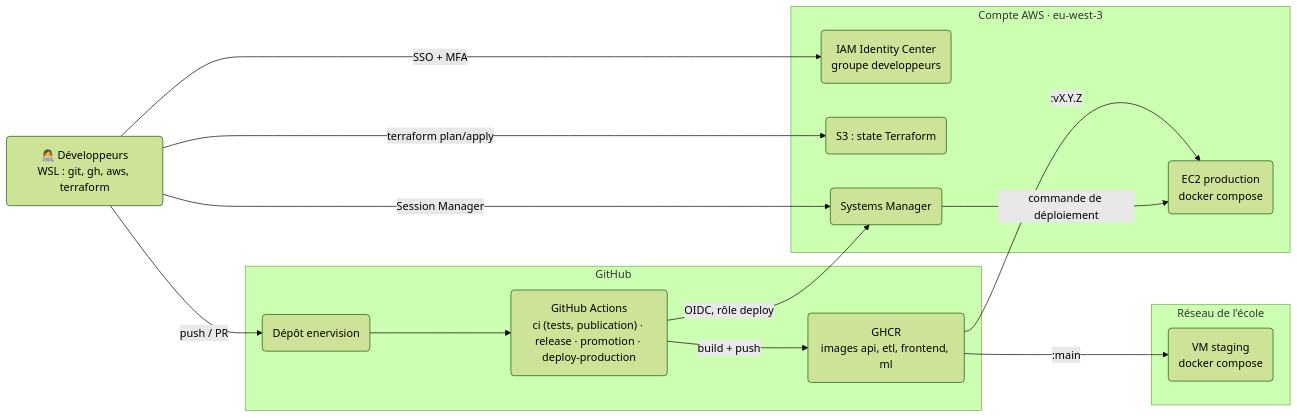
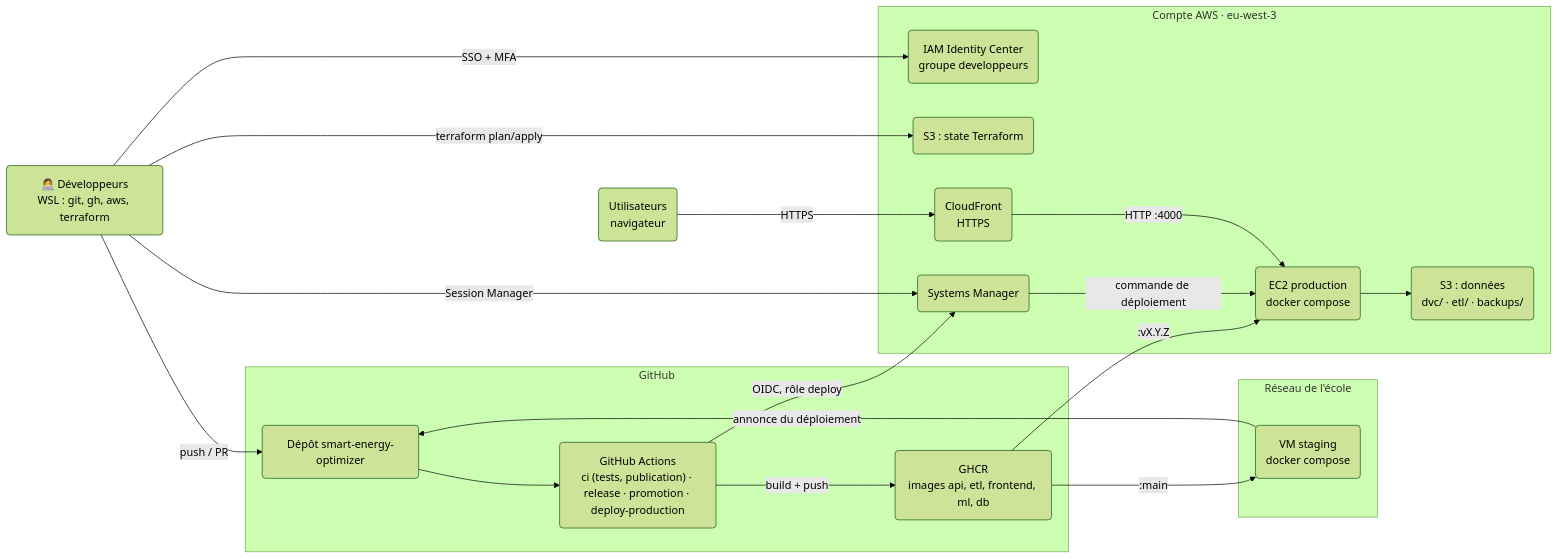
The first of 2 diagrams in infra/README.md (LaurelineHenaff/enervision), drawn with Mermaid (forest theme) before and after one commit. The commit also changed other lines of this file and 5 other files, not shown here.

````diff
--- a/infra/README.md
+++ b/infra/README.md
@@ -89,32 +31,39 @@
 ```mermaid
 flowchart LR
     DEV("👩‍💻 Développeurs<br/>WSL : git, gh, aws, terraform")
+    USER("Utilisateurs<br/>navigateur")
 
     subgraph GH["GitHub"]
-        REPO("Dépôt enervision")
+        REPO("Dépôt smart-energy-optimizer")
         ACT("GitHub Actions<br/>ci (tests, publication) · release · promotion · deploy-production")
-        GHCR("GHCR<br/>images api, etl, frontend, ml")
+        GHCR("GHCR<br/>images api, etl, frontend, ml, db")
     end
 
     subgraph ECOLE["Réseau de l'école"]
         STG("VM staging<br/>docker compose")
     end
 
     subgraph AWS["Compte AWS · eu-west-3"]
         IDC("IAM Identity Center<br/>groupe developpeurs")
         STATE("S3 : state Terraform")
+        DATA("S3 : données<br/>dvc/ · etl/ · backups/")
         SSM("Systems Manager")
+        CF("CloudFront<br/>HTTPS")
         EC2("EC2 production<br/>docker compose")
     end
 
     DEV -->|push / PR| REPO
     REPO --> ACT
     ACT -->|build + push| GHCR
     GHCR -->|:main| STG
     GHCR -->|:vX.Y.Z| EC2
+    STG -->|annonce du déploiement| REPO
     ACT -->|OIDC, rôle deploy| SSM
     SSM -->|commande de déploiement| EC2
+    USER -->|HTTPS| CF
+    CF -->|HTTP :4000| EC2
+    EC2 --> DATA
     DEV -->|SSO + MFA| IDC
     DEV -->|terraform plan/apply| STATE
     DEV -->|Session Manager| SSM
 ```
````
